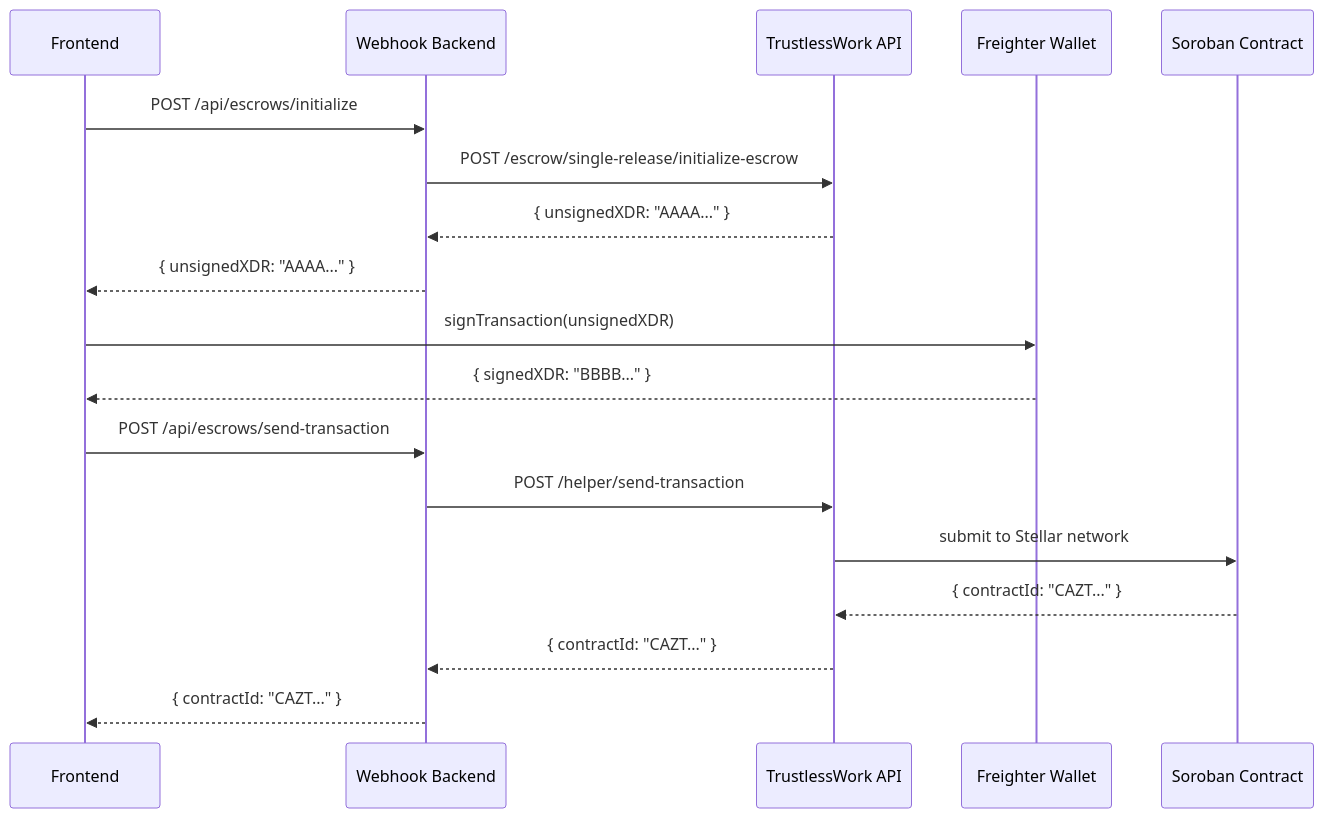
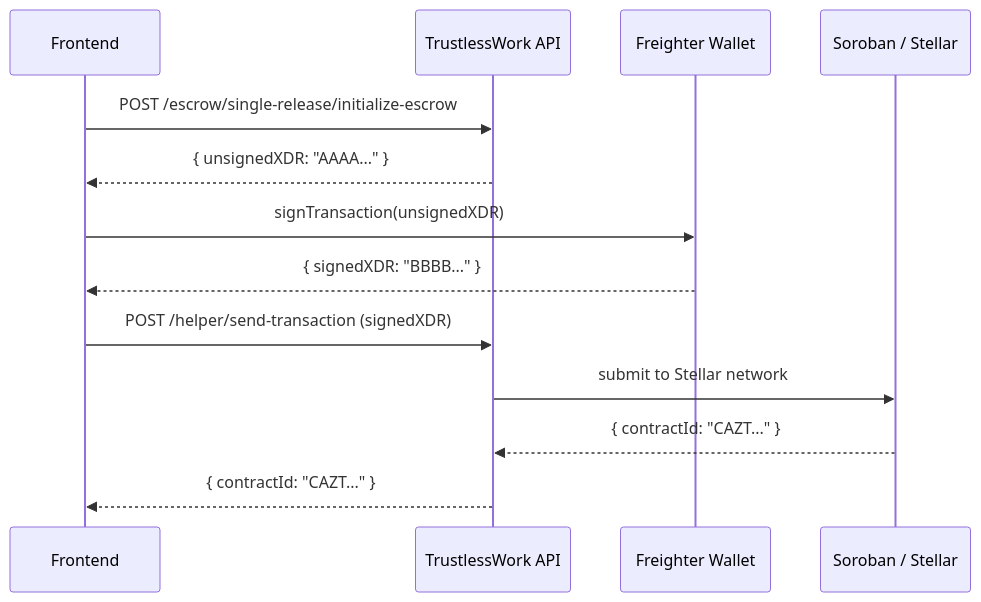
The second of 3 diagrams in docs/stellar/escrow-lifecycle.md (safetrustcr/backend-SafeTrust), drawn with Mermaid before and after one commit. The commit also changed other lines of this file, not shown here.

Commit message:
docs(escrow): apply CodeRabbit review feedback

````diff
--- a/docs/stellar/escrow-lifecycle.md
+++ b/docs/stellar/escrow-lifecycle.md
@@ -40,23 +83,18 @@
 ```mermaid
 sequenceDiagram
     participant FE as Frontend
-    participant BE as Webhook Backend
     participant TW as TrustlessWork API
     participant FW as Freighter Wallet
-    participant SC as Soroban Contract
+    participant SC as Soroban / Stellar
 
-    FE->>BE: POST /api/escrows/initialize
-    BE->>TW: POST /escrow/single-release/initialize-escrow
-    TW-->>BE: { unsignedXDR: "AAAA..." }
-    BE-->>FE: { unsignedXDR: "AAAA..." }
+    FE->>TW: POST /escrow/single-release/initialize-escrow
+    TW-->>FE: { unsignedXDR: "AAAA..." }
 
     FE->>FW: signTransaction(unsignedXDR)
     FW-->>FE: { signedXDR: "BBBB..." }
 
-    FE->>BE: POST /api/escrows/send-transaction
-    BE->>TW: POST /helper/send-transaction
+    FE->>TW: POST /helper/send-transaction (signedXDR)
     TW->>SC: submit to Stellar network
     SC-->>TW: { contractId: "CAZT..." }
-    TW-->>BE: { contractId: "CAZT..." }
-    BE-->>FE: { contractId: "CAZT..." }
+    TW-->>FE: { contractId: "CAZT..." }
 ```
````
